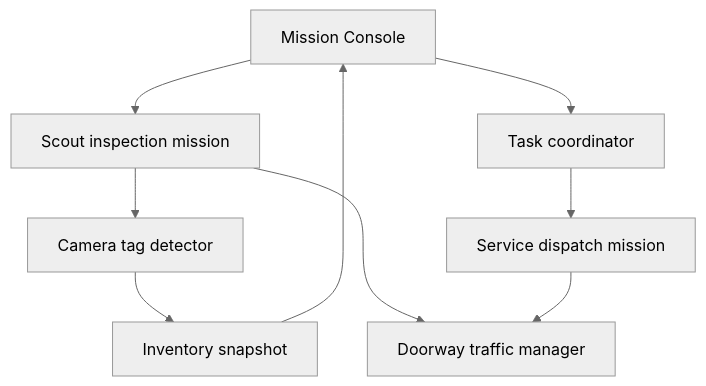
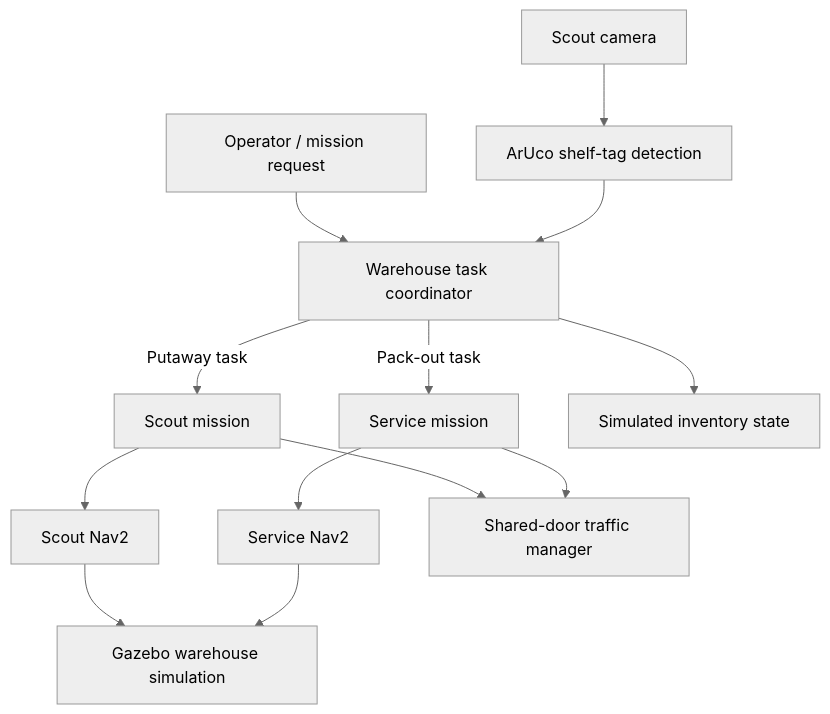
One commit to devwithchai/roambot changed the diagram in README.md. Above: the diagram before and after it, drawn with Mermaid (neutral theme). The commit also changed other lines of this file, not shown here.

Commit message:
docs: refresh README for V3 warehouse operations

````diff
--- a/README.md
+++ b/README.md
@@ -94,11 +22,15 @@
-~~~mermaid
+```mermaid
 flowchart TD
-    Operator["Mission Console"] --> ScoutMission["Scout inspection mission"]
-    ScoutMission --> Detector["Camera tag detector"]
-    Detector --> Snapshot["Inventory snapshot"]
-    Snapshot --> Operator
-    Operator --> Coordinator["Task coordinator"]
-    Coordinator --> ServiceMission["Service dispatch mission"]
-    ScoutMission --> Traffic["Doorway traffic manager"]
-    ServiceMission --> Traffic
-~~~
+    Operator["Operator / mission request"] --> Coordinator["Warehouse task coordinator"]
+    Coordinator -->|Putaway task| Scout["Scout mission"]
+    Coordinator -->|Pack-out task| Service["Service mission"]
+    Scout --> NavScout["Scout Nav2"]
+    Service --> NavService["Service Nav2"]
+    Scout --> Traffic["Shared-door traffic manager"]
+    Service --> Traffic
+    NavScout --> Sim["Gazebo warehouse simulation"]
+    NavService --> Sim
+    Camera["Scout camera"] --> Tags["ArUco shelf-tag detection"]
+    Tags --> Coordinator
+    Coordinator --> Inventory["Simulated inventory state"]
+```
````
